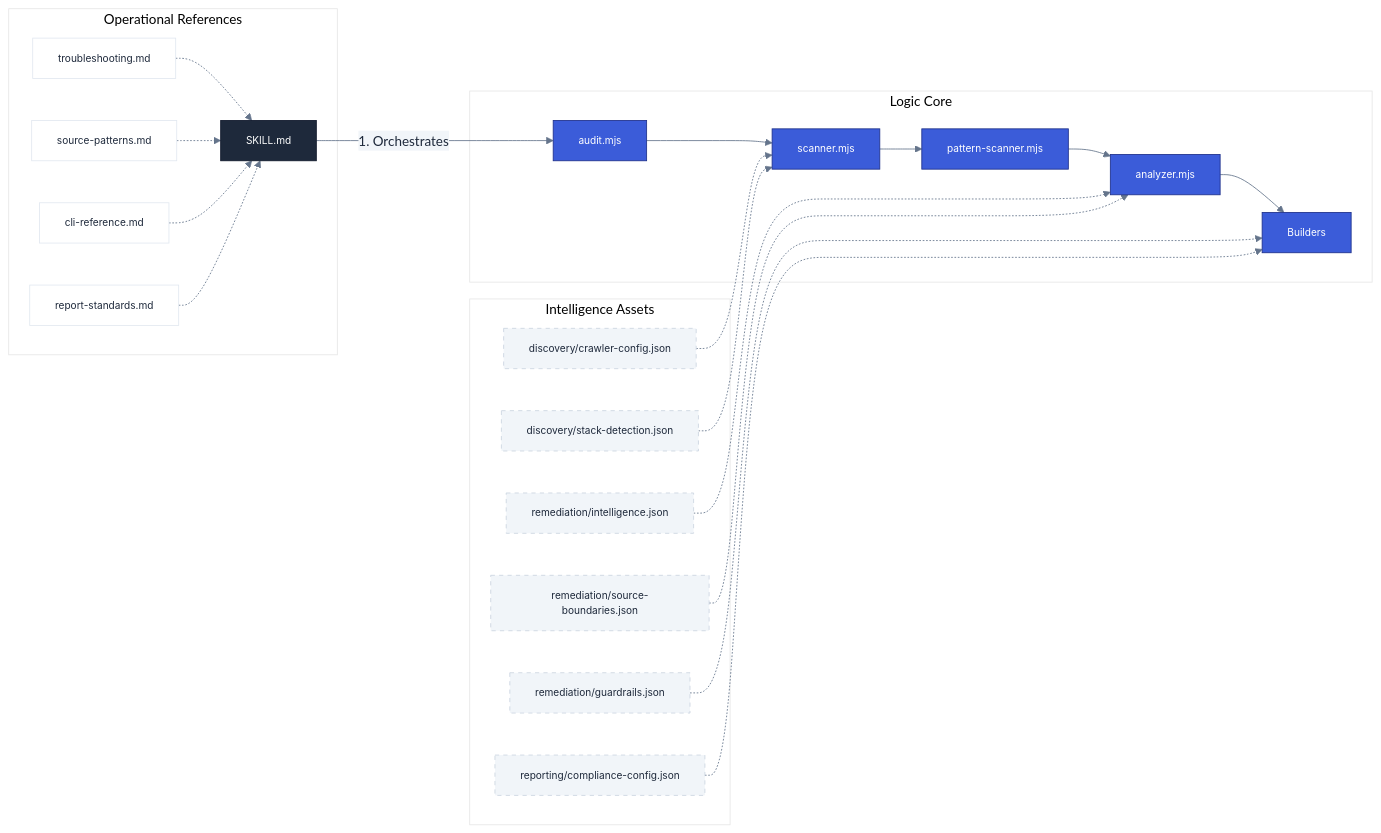
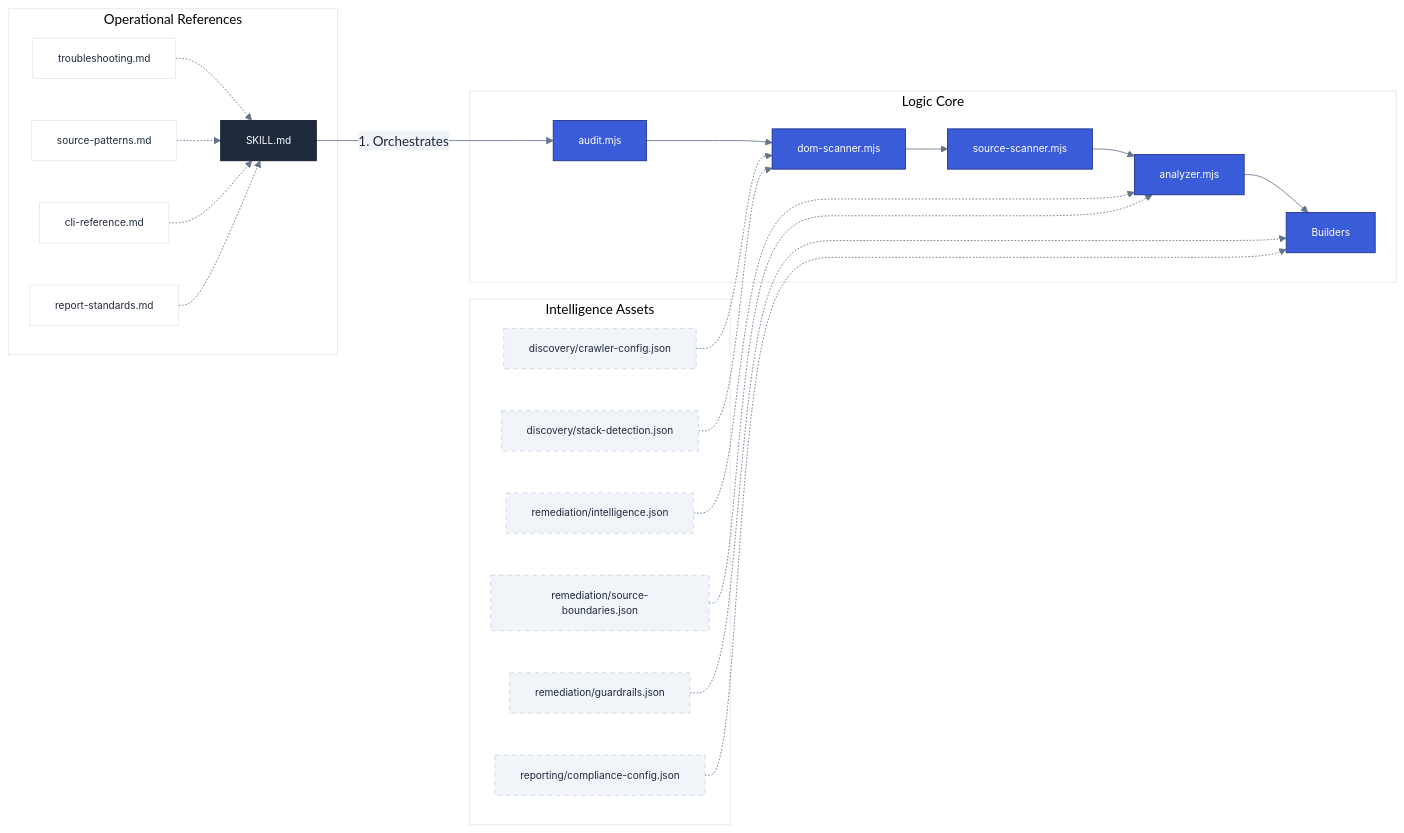
One commit to diegovelasquezweb/a11y-skill changed the second of 2 diagrams in docs/engine-manifest.md. Above: the diagram before and after it, drawn with Mermaid. The commit also changed other lines of this file and 27 other files, not shown here.

````diff
--- a/docs/engine-manifest.md
+++ b/docs/engine-manifest.md
@@ -117,37 +118,37 @@
 ```mermaid
 %%{init: { 'theme': 'base', 'themeVariables': { 'primaryColor': '#3b5cd9', 'primaryTextColor': '#1e293b', 'primaryBorderColor': '#1e308a', 'lineColor': '#64748b', 'secondaryColor': '#f1f5f9', 'tertiaryColor': '#fff', 'mainBkg': '#fff', 'nodeBorder': '#e2e8f0' } } }%%
 flowchart LR
     A[SKILL.md] -- "1. Orchestrates" --> B[audit.mjs]
 
     subgraph Engine ["Logic Core"]
-        B --> C[scanner.mjs]
-        C --> PS[pattern-scanner.mjs]
+        B --> C[dom-scanner.mjs]
+        C --> PS[source-scanner.mjs]
         PS --> D[analyzer.mjs]
         D --> E[Builders]
     end
 
     subgraph Data ["Intelligence Assets"]
         AS1[discovery/crawler-config.json] -.-> C
         AS2[discovery/stack-detection.json] -.-> C
         AS3[remediation/intelligence.json] -.-> D
         AS4[remediation/source-boundaries.json] -.-> D
         AS5[remediation/guardrails.json] -.-> E
         AS6[reporting/compliance-config.json] -.-> E
     end
 
     subgraph Knowledge ["Operational References"]
         R1[troubleshooting.md] -.-> A
         R2[source-patterns.md] -.-> A
         R3[cli-reference.md] -.-> A
         R4[report-standards.md] -.-> A
     end
 
     classDef default font-family:Inter,sans-serif,font-size:12px;
     classDef playbook fill:#1e293b,color:#fff,stroke:#0f172a;
     classDef core fill:#3b5cd9,color:#fff,stroke:#1e308a;
     classDef storage fill:#f1f5f9,stroke:#cbd5e1,stroke-dasharray: 5 5;
 
     class A playbook;
     class B,C,PS,D,E core;
     class AS1,AS2,AS3,AS4,AS5,AS6,AS7 storage;
 ```
````
